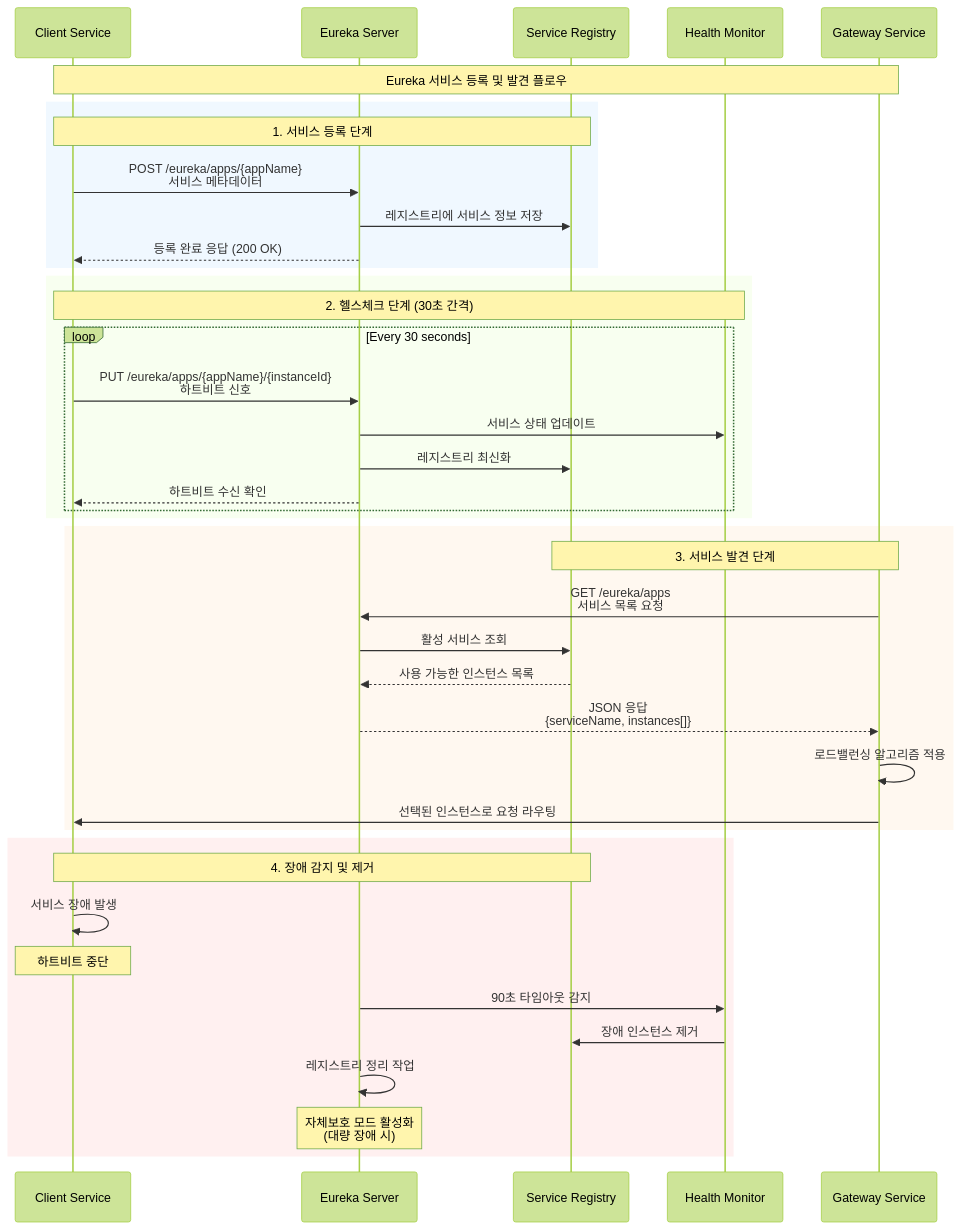
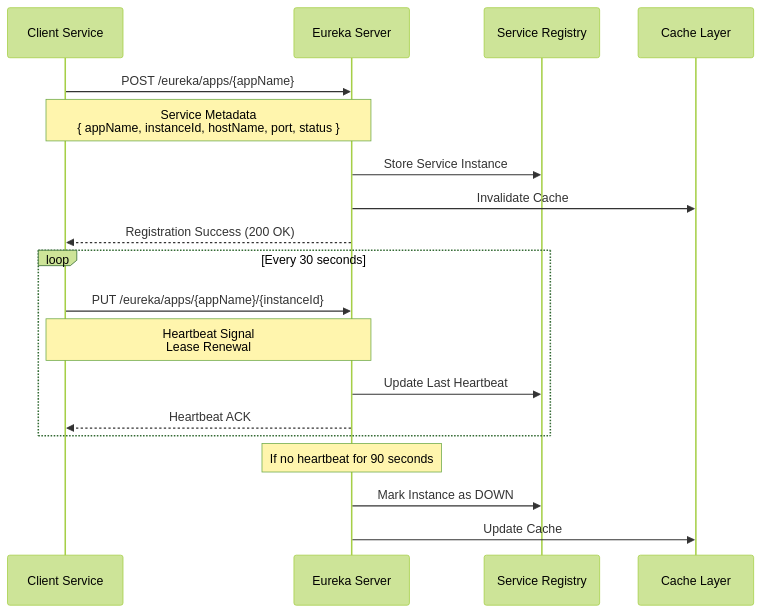
One commit to NSMM-v2/discovery-service changed the third of 5 diagrams in README.md. Above: the diagram before and after it, drawn with Mermaid (forest theme). The commit also changed other lines of this file, not shown here.

````diff
--- a/README.md
+++ b/README.md
@@ -82,50 +111,26 @@
 ```mermaid
 sequenceDiagram
-    participant C as Client Service
-    participant E as Eureka Server
-    participant R as Service Registry
-    participant H as Health Monitor
-    participant G as Gateway Service
+    participant SERVICE as Client Service
+    participant EUREKA as Eureka Server
+    participant REGISTRY as Service Registry
+    participant CACHE as Cache Layer
 
-    Note over C,G: Eureka 서비스 등록 및 발견 플로우
-
-    rect rgb(240, 248, 255)
-        Note over C,R: 1. 서비스 등록 단계
-        C->>E: POST /eureka/apps/{appName}<br/>서비스 메타데이터
-        E->>R: 레지스트리에 서비스 정보 저장
-        E-->>C: 등록 완료 응답 (200 OK)
+    SERVICE->>EUREKA: POST /eureka/apps/{appName}
+    Note over SERVICE,EUREKA: Service Metadata<br/>{ appName, instanceId, hostName, port, status }
+    
+    EUREKA->>REGISTRY: Store Service Instance
+    EUREKA->>CACHE: Invalidate Cache
+    EUREKA-->>SERVICE: Registration Success (200 OK)
+    
+    loop Every 30 seconds
+        SERVICE->>EUREKA: PUT /eureka/apps/{appName}/{instanceId}
+        Note over SERVICE,EUREKA: Heartbeat Signal<br/>Lease Renewal
+        
+        EUREKA->>REGISTRY: Update Last Heartbeat
+        EUREKA-->>SERVICE: Heartbeat ACK
     end
-
-    rect rgb(248, 255, 240)
-        Note over C,H: 2. 헬스체크 단계 (30초 간격)
-        loop Every 30 seconds
-            C->>E: PUT /eureka/apps/{appName}/{instanceId}<br/>하트비트 신호
-            E->>H: 서비스 상태 업데이트
-            E->>R: 레지스트리 최신화
-            E-->>C: 하트비트 수신 확인
-        end
-    end
-
-    rect rgb(255, 248, 240)
-        Note over G,R: 3. 서비스 발견 단계
-        G->>E: GET /eureka/apps<br/>서비스 목록 요청
-        E->>R: 활성 서비스 조회
-        R-->>E: 사용 가능한 인스턴스 목록
-        E-->>G: JSON 응답<br/>{serviceName, instances[]}
-
-        G->>G: 로드밸런싱 알고리즘 적용
-        G->>C: 선택된 인스턴스로 요청 라우팅
-    end
-
-    rect rgb(255, 240, 240)
-        Note over C,R: 4. 장애 감지 및 제거
-        C->>C: 서비스 장애 발생
-        Note over C: 하트비트 중단
-
-        E->>H: 90초 타임아웃 감지
-        H->>R: 장애 인스턴스 제거
-        E->>E: 레지스트리 정리 작업
-
-        Note over E: 자체보호 모드 활성화<br/>(대량 장애 시)
-    end
+    
+    Note over EUREKA: If no heartbeat for 90 seconds
+    EUREKA->>REGISTRY: Mark Instance as DOWN
+    EUREKA->>CACHE: Update Cache
 ```
````
